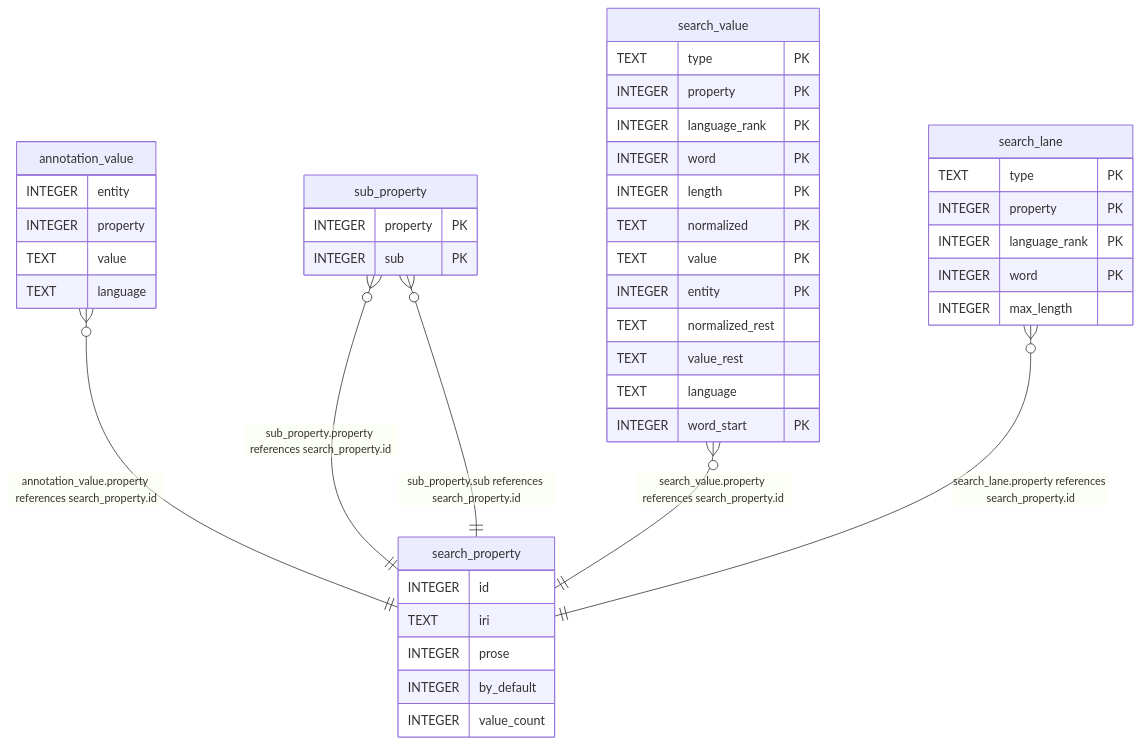
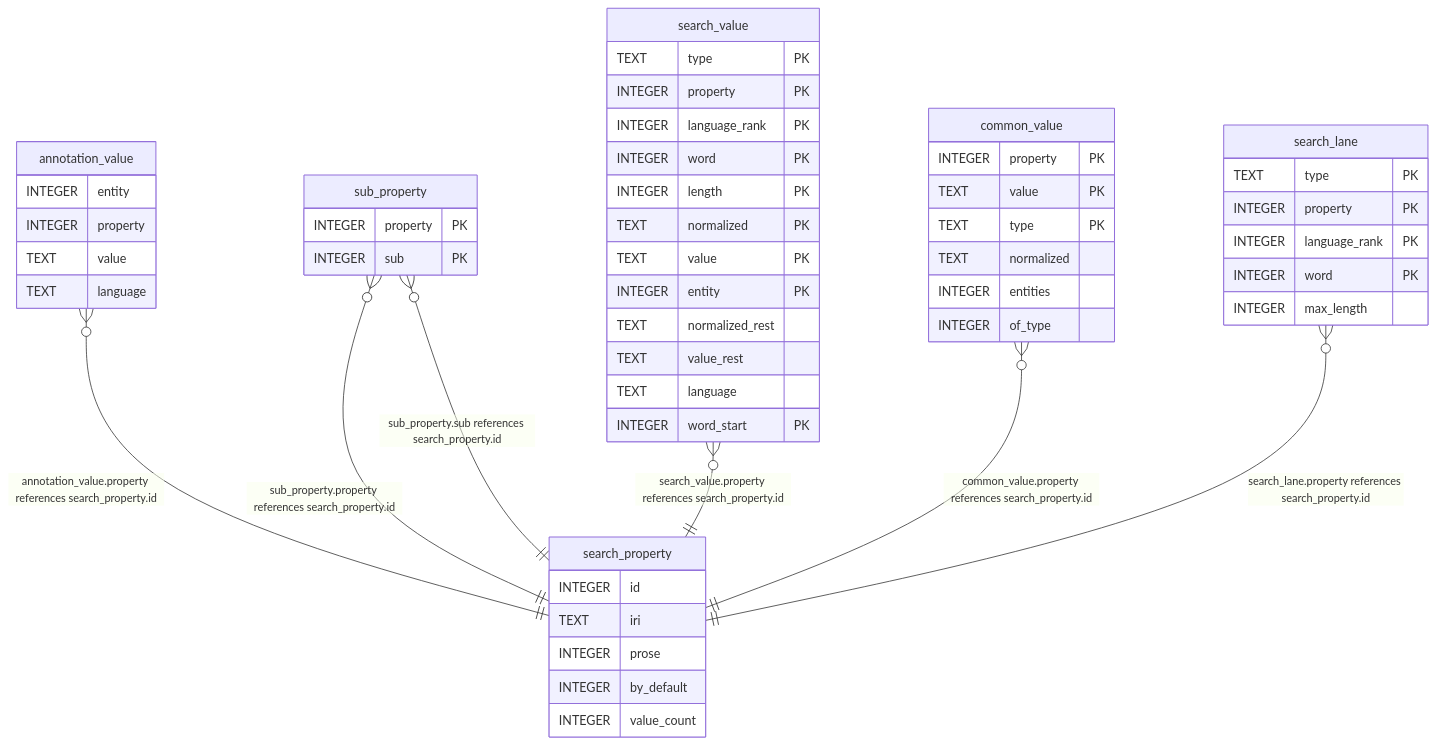
Before and after one commit to jclerman/browl: the diagram in docs/schema/derived/search_property.md, drawn with Mermaid. The commit also changed other lines of this file and 13 other files, not shown here.

````diff
--- a/docs/schema/derived/search_property.md
+++ b/docs/schema/derived/search_property.md
@@ -46,48 +46,57 @@
 ```mermaid
 erDiagram
 
 "annotation_value" }o--|| "search_property" : "annotation_value.property references search_property.id"
 "sub_property" }o--|| "search_property" : "sub_property.property references search_property.id"
 "sub_property" }o--|| "search_property" : "sub_property.sub references search_property.id"
 "search_value" }o--|| "search_property" : "search_value.property references search_property.id"
+"common_value" }o--|| "search_property" : "common_value.property references search_property.id"
 "search_lane" }o--|| "search_property" : "search_lane.property references search_property.id"
 
 "search_property" {
   INTEGER id
   TEXT iri
   INTEGER prose
   INTEGER by_default
   INTEGER value_count
 }
 "annotation_value" {
   INTEGER entity
   INTEGER property
   TEXT value
   TEXT language
 }
 "sub_property" {
   INTEGER property PK
   INTEGER sub PK
 }
 "search_value" {
   TEXT type PK
   INTEGER property PK
   INTEGER language_rank PK
   INTEGER word PK
   INTEGER length PK
   TEXT normalized PK
   TEXT value PK
   INTEGER entity PK
   TEXT normalized_rest
   TEXT value_rest
   TEXT language
   INTEGER word_start PK
 }
+"common_value" {
+  INTEGER property PK
+  TEXT value PK
+  TEXT type PK
+  TEXT normalized
+  INTEGER entities
+  INTEGER of_type
+}
 "search_lane" {
   TEXT type PK
   INTEGER property PK
   INTEGER language_rank PK
   INTEGER word PK
   INTEGER max_length
 }
 ```
````
